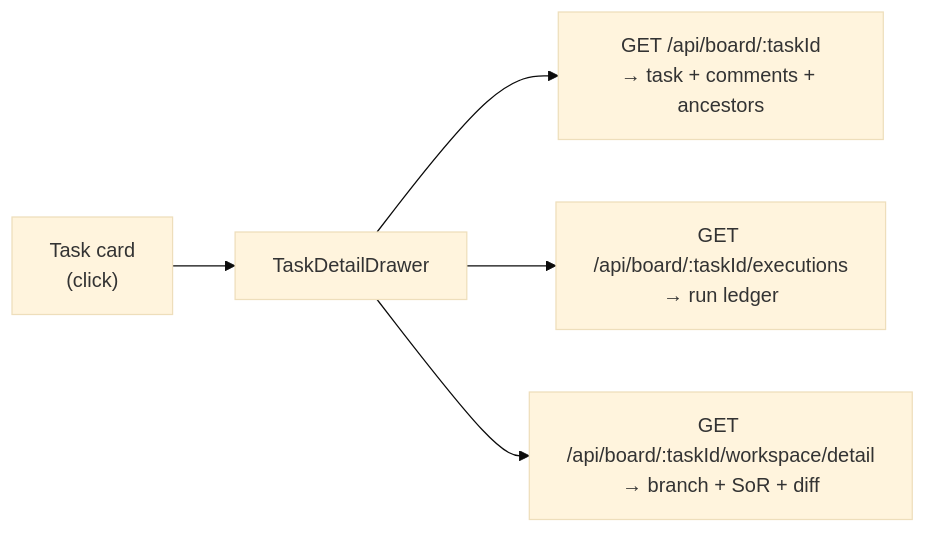
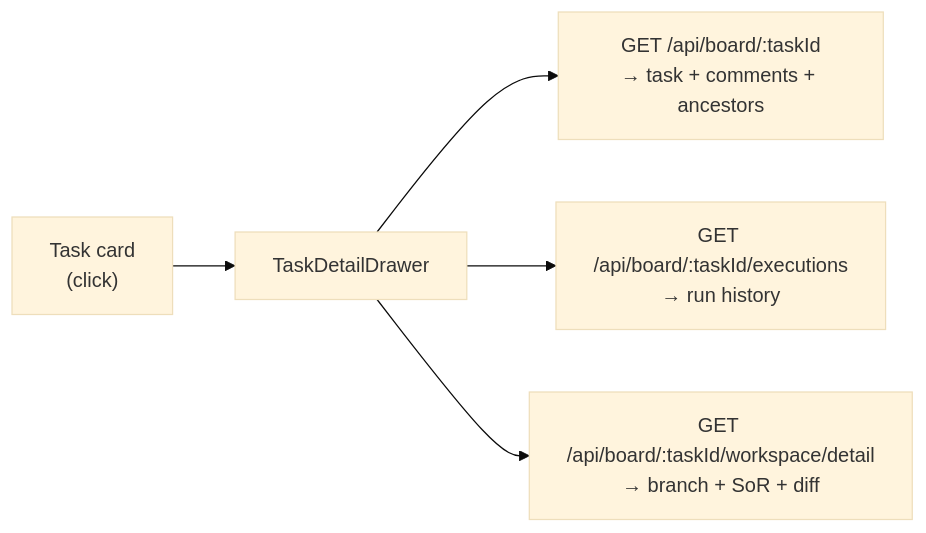
One commit to clawboo/clawboo changed the first of 2 diagrams in docs/using/board.md. Above: the diagram before and after it, drawn with Mermaid (base theme). The commit also changed other lines of this file and 8 other files, not shown here.

First line of the commit message:
docs(board): describe the Kanban-first board, the drawer and replies (#254)

````diff
--- a/docs/using/board.md
+++ b/docs/using/board.md
@@ -226,7 +252,7 @@
 ```mermaid
 flowchart LR
   card["Task card<br/>(click)"] --> drawer["TaskDetailDrawer"]
   drawer --> a["GET /api/board/:taskId<br/>→ task + comments + ancestors"]
-  drawer --> b["GET /api/board/:taskId/executions<br/>→ run ledger"]
+  drawer --> b["GET /api/board/:taskId/executions<br/>→ run history"]
   drawer --> c["GET /api/board/:taskId/workspace/detail<br/>→ branch + SoR + diff"]
 ```
````
